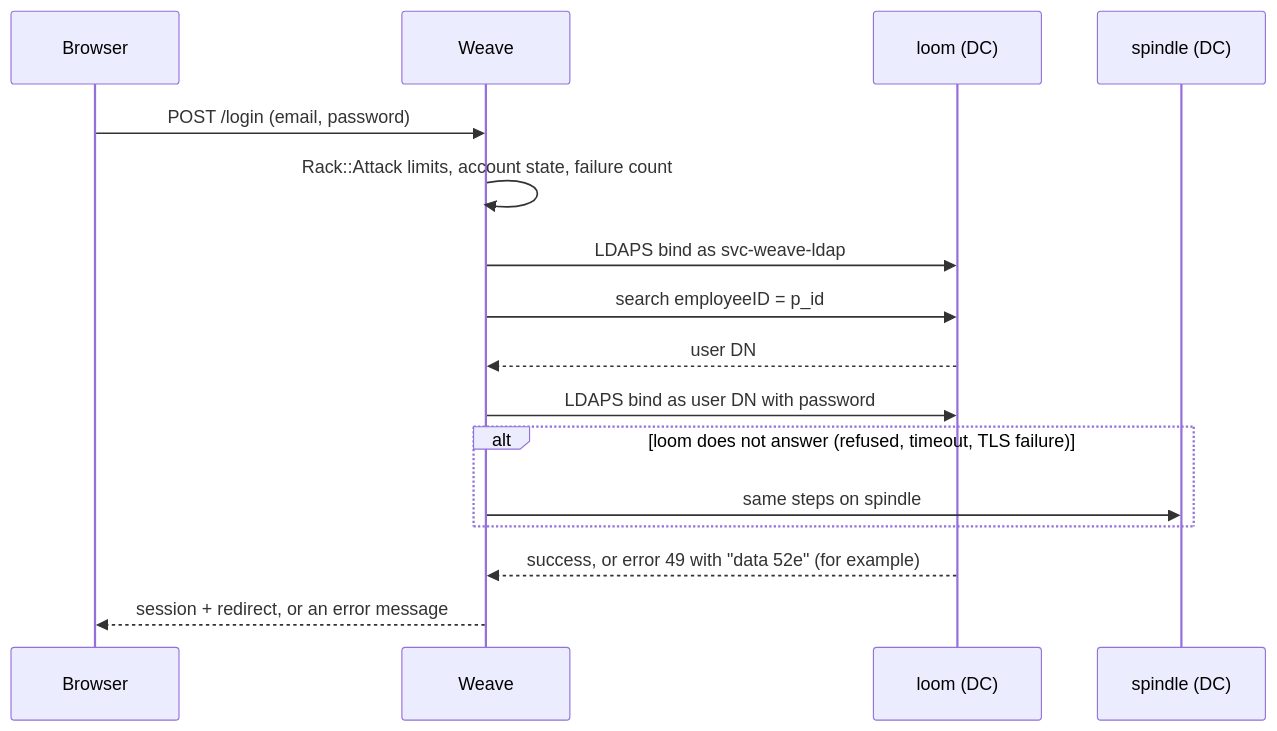
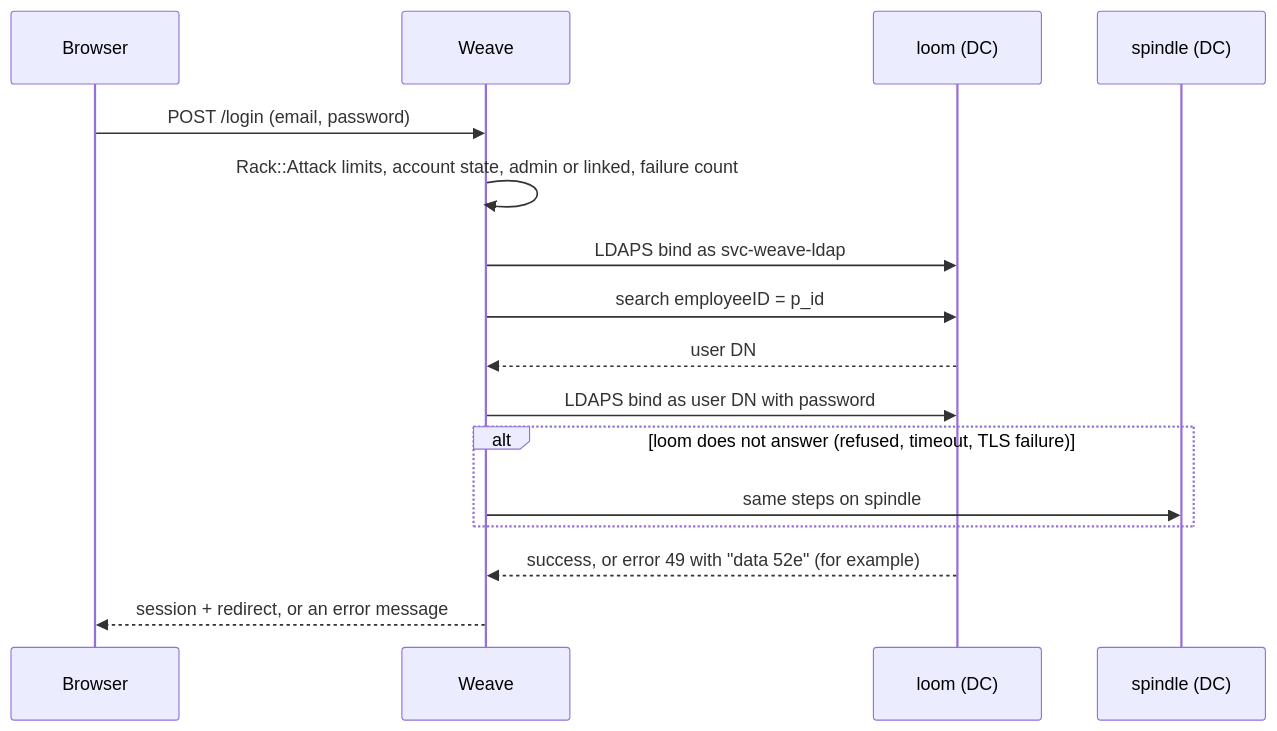
Before and after one commit to patchworklabsorg/weave: the first of 2 diagrams in docs/ACTIVE_DIRECTORY.md, drawn with Mermaid. The commit also changed other lines of this file and 5 other files, not shown here.

````diff
--- a/docs/ACTIVE_DIRECTORY.md
+++ b/docs/ACTIVE_DIRECTORY.md
@@ -45,18 +44,18 @@
 ```mermaid
 sequenceDiagram
     participant B as Browser
     participant W as Weave
     participant L as loom (DC)
     participant S as spindle (DC)
     B->>W: POST /login (email, password)
-    W->>W: Rack::Attack limits, account state, failure count
+    W->>W: Rack::Attack limits, account state, admin or linked, failure count
     W->>L: LDAPS bind as svc-weave-ldap
     W->>L: search employeeID = p_id
     L-->>W: user DN
     W->>L: LDAPS bind as user DN with password
     alt loom does not answer (refused, timeout, TLS failure)
         W->>S: same steps on spindle
     end
     L-->>W: success, or error 49 with "data 52e" (for example)
     W-->>B: session + redirect, or an error message
 ```
````
